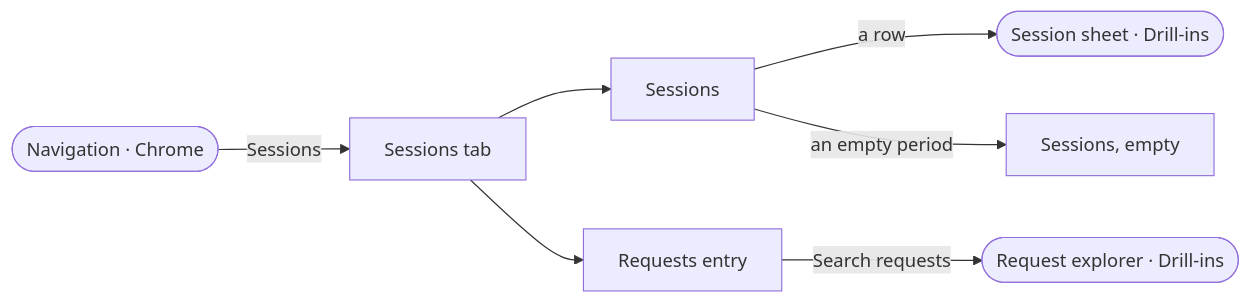
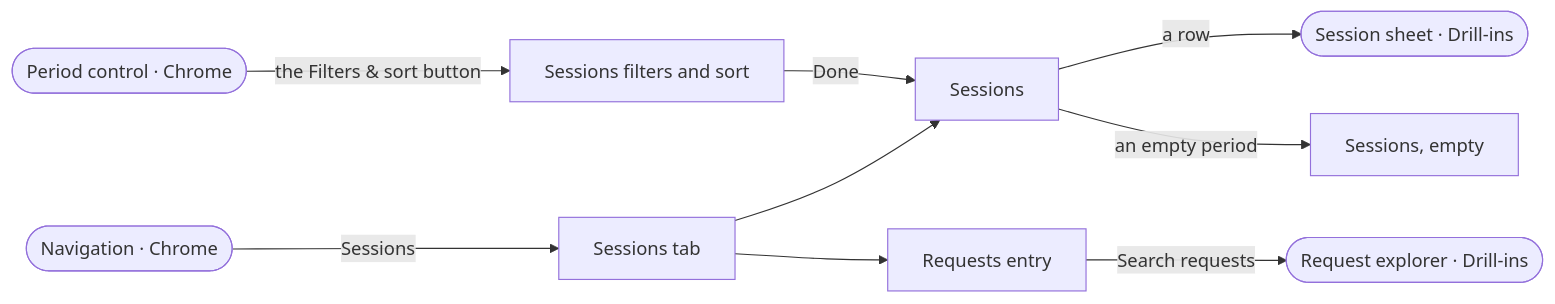
The fifth of 7 diagrams in docs/ux-surface-map.md (ferraroroberto/github-copilot-usage), drawn with Mermaid before and after one commit. The commit also changed other lines of this file and 7 other files, not shown here.

First line of the commit message:
feat: move the Sessions sort and period into a Filters & sort sheet (#165)

````diff
--- a/docs/ux-surface-map.md
+++ b/docs/ux-surface-map.md
@@ -452,16 +461,20 @@
 ```mermaid
 flowchart LR
   s24["Sessions tab"]
   s25["Sessions"]
-  s26["Sessions, empty"]
-  s27["Requests entry"]
+  s26["Sessions filters and sort"]
+  s27["Sessions, empty"]
+  s28["Requests entry"]
+  s2(["Period control · Chrome"])
   s5(["Navigation · Chrome"])
-  s28(["Session sheet · Drill-ins"])
-  s33(["Request explorer · Drill-ins"])
+  s29(["Session sheet · Drill-ins"])
+  s34(["Request explorer · Drill-ins"])
+  s2 -->|"the Filters & sort button"| s26
   s5 -->|"Sessions"| s24
   s24 --> s25
-  s24 --> s27
-  s25 -->|"a row"| s28
-  s25 -->|"an empty period"| s26
-  s27 -->|"Search requests"| s33
+  s24 --> s28
+  s25 -->|"a row"| s29
+  s25 -->|"an empty period"| s27
+  s26 -->|"Done"| s25
+  s28 -->|"Search requests"| s34
 ```
````
